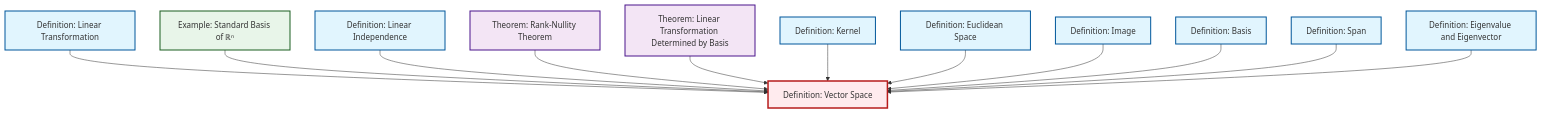
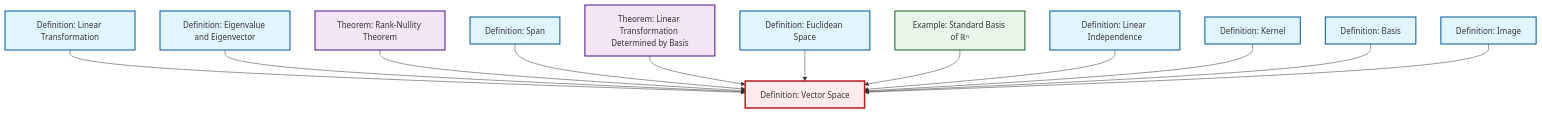
One commit to RK0429/ModernMath changed the diagram in content/ja/algebra/def-vector-space.qmd. Above: the diagram before and after it, drawn with Mermaid. The commit also changed other lines of this file and 417 other files, not shown here.

````diff
--- a/content/ja/algebra/def-vector-space.qmd
+++ b/content/ja/algebra/def-vector-space.qmd
@@ -49,44 +49,44 @@
 ```{mermaid}
 %%| fig-cap: "Local dependency graph"
 graph TD
     classDef definition fill:#e1f5fe,stroke:#01579b,stroke-width:2px
     classDef theorem fill:#f3e5f5,stroke:#4a148c,stroke-width:2px
     classDef axiom fill:#fff3e0,stroke:#e65100,stroke-width:2px
     classDef example fill:#e8f5e9,stroke:#1b5e20,stroke-width:2px
     classDef current fill:#ffebee,stroke:#b71c1c,stroke-width:3px
+    def-kernel["Definition: Kernel"]:::definition
+    def-linear-independence["Definition: Linear Independence"]:::definition
+    def-vector-space["Definition: Vector Space"]:::definition
+    def-euclidean-space["Definition: Euclidean Space"]:::definition
     thm-rank-nullity["Theorem: Rank-Nullity Theorem"]:::theorem
+    def-span["Definition: Span"]:::definition
     ex-standard-basis-rn["Example: Standard Basis of ℝⁿ"]:::example
-    def-euclidean-space["Definition: Euclidean Space"]:::definition
     def-basis["Definition: Basis"]:::definition
-    def-kernel["Definition: Kernel"]:::definition
+    def-image["Definition: Image"]:::definition
+    def-linear-transformation["Definition: Linear Transformation"]:::definition
     def-eigenvalue-eigenvector["Definition: Eigenvalue and Eigenvector"]:::definition
     thm-linear-transformation-basis["Theorem: Linear Transformation Determined by Basis"]:::theorem
-    def-linear-independence["Definition: Linear Independence"]:::definition
-    def-span["Definition: Span"]:::definition
-    def-image["Definition: Image"]:::definition
-    def-vector-space["Definition: Vector Space"]:::definition
-    def-linear-transformation["Definition: Linear Transformation"]:::definition
     def-linear-transformation --> def-vector-space
+    def-eigenvalue-eigenvector --> def-vector-space
+    thm-rank-nullity --> def-vector-space
+    def-span --> def-vector-space
+    thm-linear-transformation-basis --> def-vector-space
+    def-euclidean-space --> def-vector-space
     ex-standard-basis-rn --> def-vector-space
     def-linear-independence --> def-vector-space
-    thm-rank-nullity --> def-vector-space
-    thm-linear-transformation-basis --> def-vector-space
     def-kernel --> def-vector-space
-    def-euclidean-space --> def-vector-space
+    def-basis --> def-vector-space
     def-image --> def-vector-space
-    def-basis --> def-vector-space
-    def-span --> def-vector-space
-    def-eigenvalue-eigenvector --> def-vector-space
     class def-vector-space current
+    click def-kernel "def-kernel.html" "Definition: Kernelへ"
+    click def-linear-independence "def-linear-independence.html" "Definition: Linear Independenceへ"
+    click def-euclidean-space "def-euclidean-space.html" "Definition: Euclidean Spaceへ"
     click thm-rank-nullity "thm-rank-nullity.html" "Theorem: Rank-Nullity Theoremへ"
+    click def-span "def-span.html" "Definition: Spanへ"
     click ex-standard-basis-rn "ex-standard-basis-rn.html" "Example: Standard Basis of ℝⁿへ"
-    click def-euclidean-space "def-euclidean-space.html" "Definition: Euclidean Spaceへ"
     click def-basis "def-basis.html" "Definition: Basisへ"
-    click def-kernel "def-kernel.html" "Definition: Kernelへ"
+    click def-image "def-image.html" "Definition: Imageへ"
+    click def-linear-transformation "def-linear-transformation.html" "Definition: Linear Transformationへ"
     click def-eigenvalue-eigenvector "def-eigenvalue-eigenvector.html" "Definition: Eigenvalue and Eigenvectorへ"
     click thm-linear-transformation-basis "thm-linear-transformation-basis.html" "Theorem: Linear Transformation Determined by Basisへ"
-    click def-linear-independence "def-linear-independence.html" "Definition: Linear Independenceへ"
-    click def-span "def-span.html" "Definition: Spanへ"
-    click def-image "def-image.html" "Definition: Imageへ"
-    click def-linear-transformation "def-linear-transformation.html" "Definition: Linear Transformationへ"
 ```
````
